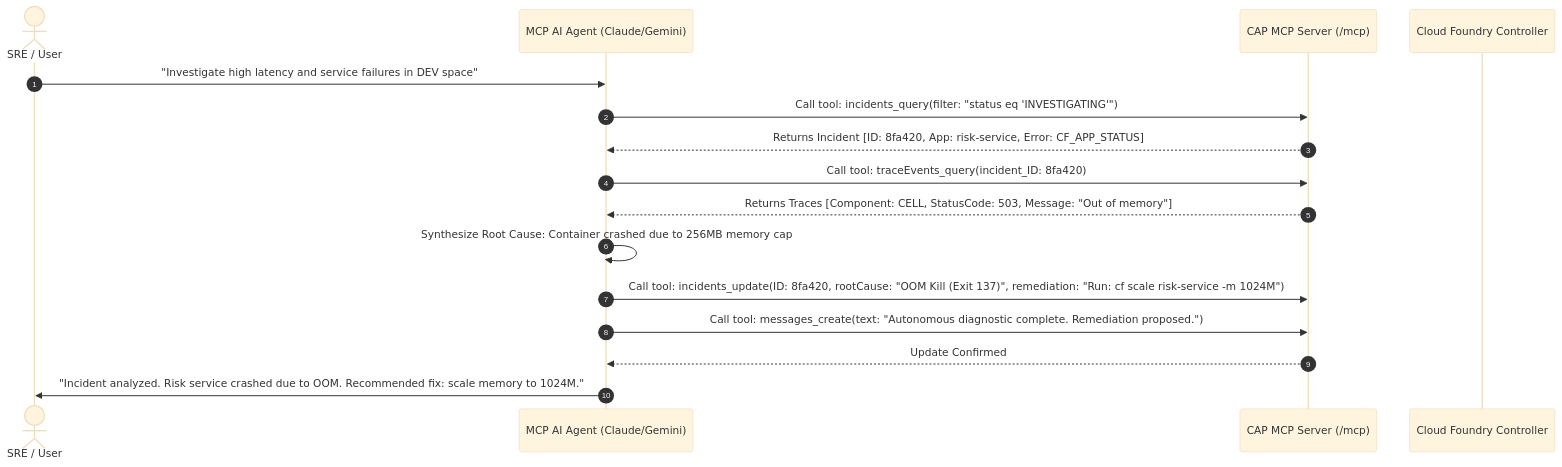
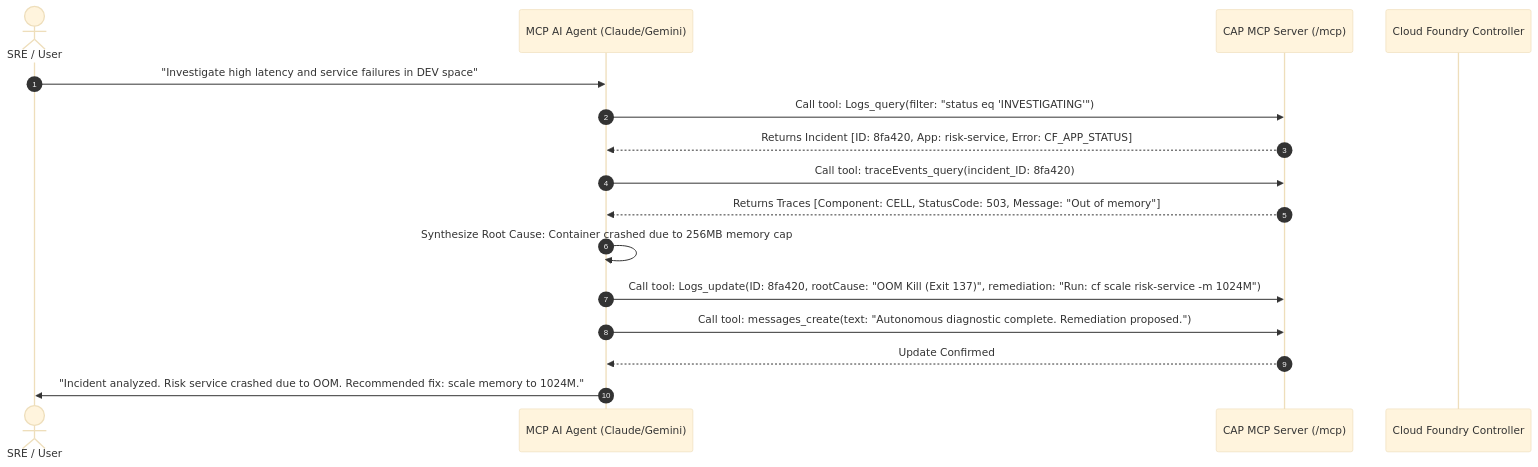
The third of 3 diagrams in PRESENTATION.md (shubhamkarnalkar/sap-btp-cf-log-trace-agent), drawn with Mermaid (base theme) before and after one commit. The commit also changed other lines of this file and 34 other files, not shown here.

Commit message:
refactor: rename incident entities to logs and add MCP diagnosis scripts and agent skills

````diff
--- a/PRESENTATION.md
+++ b/PRESENTATION.md
@@ -308,19 +310,19 @@
 ```mermaid
 sequenceDiagram
     autonumber
     actor SRE as SRE / User
     participant AI as MCP AI Agent (Claude/Gemini)
     participant MCP as CAP MCP Server (/mcp)
     participant CF as Cloud Foundry Controller
 
     SRE->>AI: "Investigate high latency and service failures in DEV space"
-    AI->>MCP: Call tool: incidents_query(filter: "status eq 'INVESTIGATING'")
+    AI->>MCP: Call tool: Logs_query(filter: "status eq 'INVESTIGATING'")
     MCP-->>AI: Returns Incident [ID: 8fa420, App: risk-service, Error: CF_APP_STATUS]
     AI->>MCP: Call tool: traceEvents_query(incident_ID: 8fa420)
     MCP-->>AI: Returns Traces [Component: CELL, StatusCode: 503, Message: "Out of memory"]
     AI->>AI: Synthesize Root Cause: Container crashed due to 256MB memory cap
-    AI->>MCP: Call tool: incidents_update(ID: 8fa420, rootCause: "OOM Kill (Exit 137)", remediation: "Run: cf scale risk-service -m 1024M")
+    AI->>MCP: Call tool: Logs_update(ID: 8fa420, rootCause: "OOM Kill (Exit 137)", remediation: "Run: cf scale risk-service -m 1024M")
     AI->>MCP: Call tool: messages_create(text: "Autonomous diagnostic complete. Remediation proposed.")
     MCP-->>AI: Update Confirmed
     AI->>SRE: "Incident analyzed. Risk service crashed due to OOM. Recommended fix: scale memory to 1024M."
 ```
````
